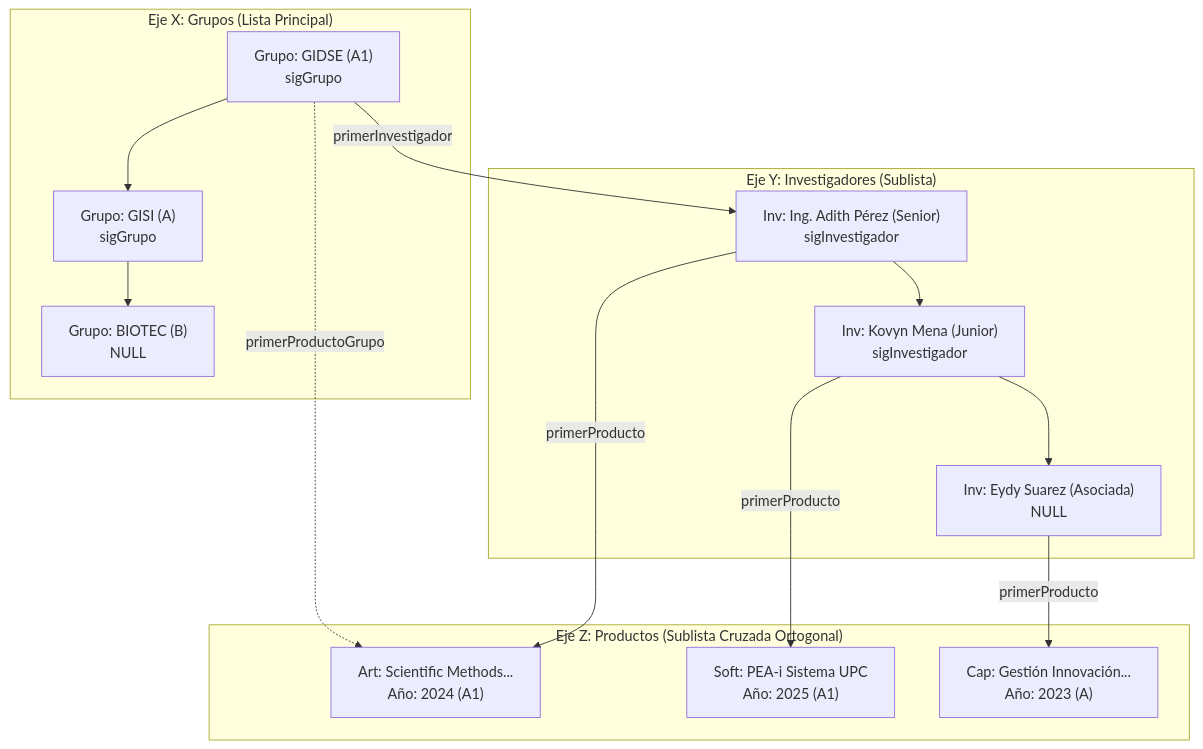
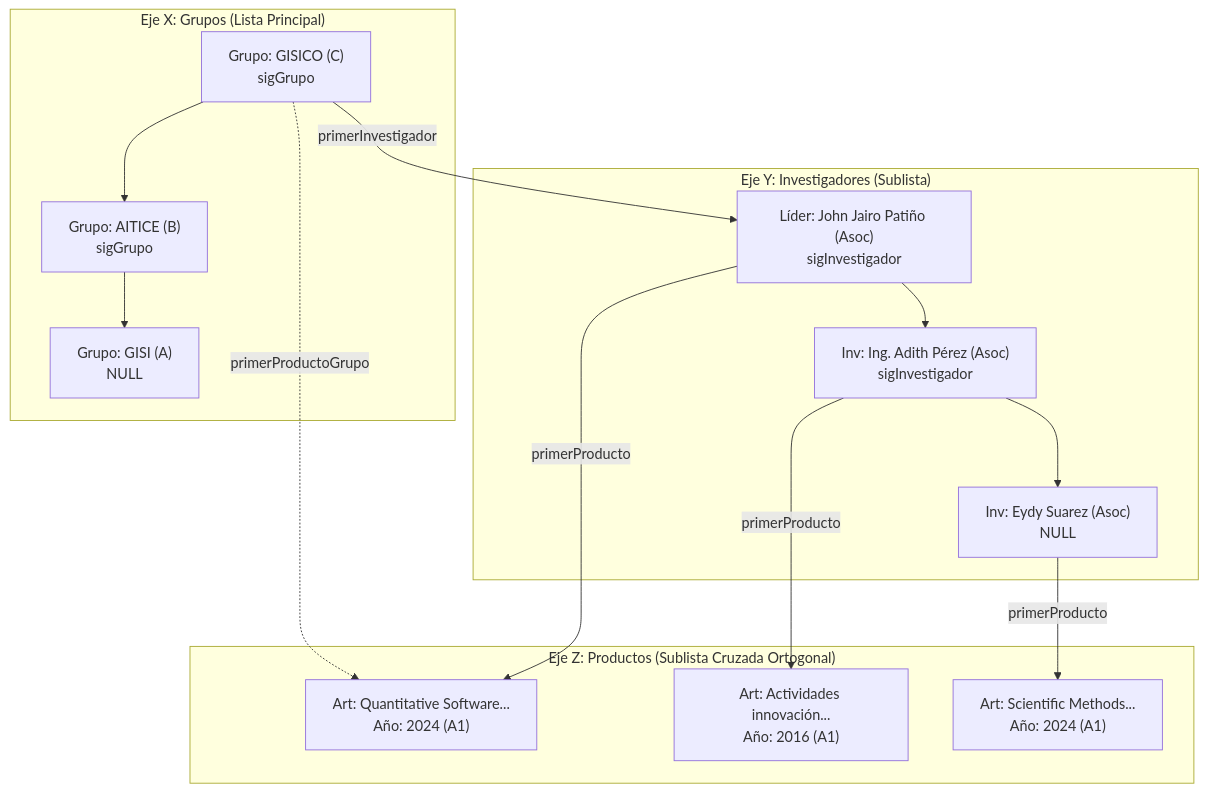
One commit to Kovyn-Mena/PEA-I changed the first of 2 diagrams in docs/SPEC_TECNICO.md. Above: the diagram before and after it, drawn with Mermaid. The commit also changed 6 other files, not shown here.

Commit message:
fix(audit-clean): depuracion total - eliminacion de datos ficticios, AITICE oficial (COL0043834 lider Armando Lopez), GISICO oficial (COL0002099 lider John Jairo Patino e integrante Adith Perez)

````diff
--- a/docs/SPEC_TECNICO.md
+++ b/docs/SPEC_TECNICO.md
@@ -72,21 +72,21 @@
 ```mermaid
 graph TD
     subgraph Eje_Grupos ["Eje X: Grupos (Lista Principal)"]
-        G1["Grupo: GIDSE (A1)<br>sigGrupo"] --> G2["Grupo: GISI (A)<br>sigGrupo"]
-        G2 --> G3["Grupo: BIOTEC (B)<br>NULL"]
+        G1["Grupo: GISICO (C)<br>sigGrupo"] --> G2["Grupo: AITICE (B)<br>sigGrupo"]
+        G2 --> G3["Grupo: GISI (A)<br>NULL"]
     end
 
     subgraph Eje_Investigadores ["Eje Y: Investigadores (Sublista)"]
-        G1 -->|primerInvestigador| I1["Inv: Ing. Adith Pérez (Senior)<br>sigInvestigador"]
-        I1 --> I2["Inv: Kovyn Mena (Junior)<br>sigInvestigador"]
-        I2 --> I3["Inv: Eydy Suarez (Asociada)<br>NULL"]
+        G1 -->|primerInvestigador| I1["Líder: John Jairo Patiño (Asoc)<br>sigInvestigador"]
+        I1 --> I2["Inv: Ing. Adith Pérez (Asoc)<br>sigInvestigador"]
+        I2 --> I3["Inv: Eydy Suarez (Asoc)<br>NULL"]
     end
 
     subgraph Eje_Productos ["Eje Z: Productos (Sublista Cruzada Ortogonal)"]
-        I1 -->|primerProducto| P1["Art: Scientific Methods...<br>Año: 2024 (A1)"]
-        I2 -->|primerProducto| P2["Soft: PEA-i Sistema UPC<br>Año: 2025 (A1)"]
-        I3 -->|primerProducto| P3["Cap: Gestión Innovación...<br>Año: 2023 (A)"]
+        I1 -->|primerProducto| P1["Art: Quantitative Software...<br>Año: 2024 (A1)"]
+        I2 -->|primerProducto| P2["Art: Actividades innovación...<br>Año: 2016 (A1)"]
+        I3 -->|primerProducto| P3["Art: Scientific Methods...<br>Año: 2024 (A1)"]
     end
 
     G1 -.->|primerProductoGrupo| P1
 ```
````
